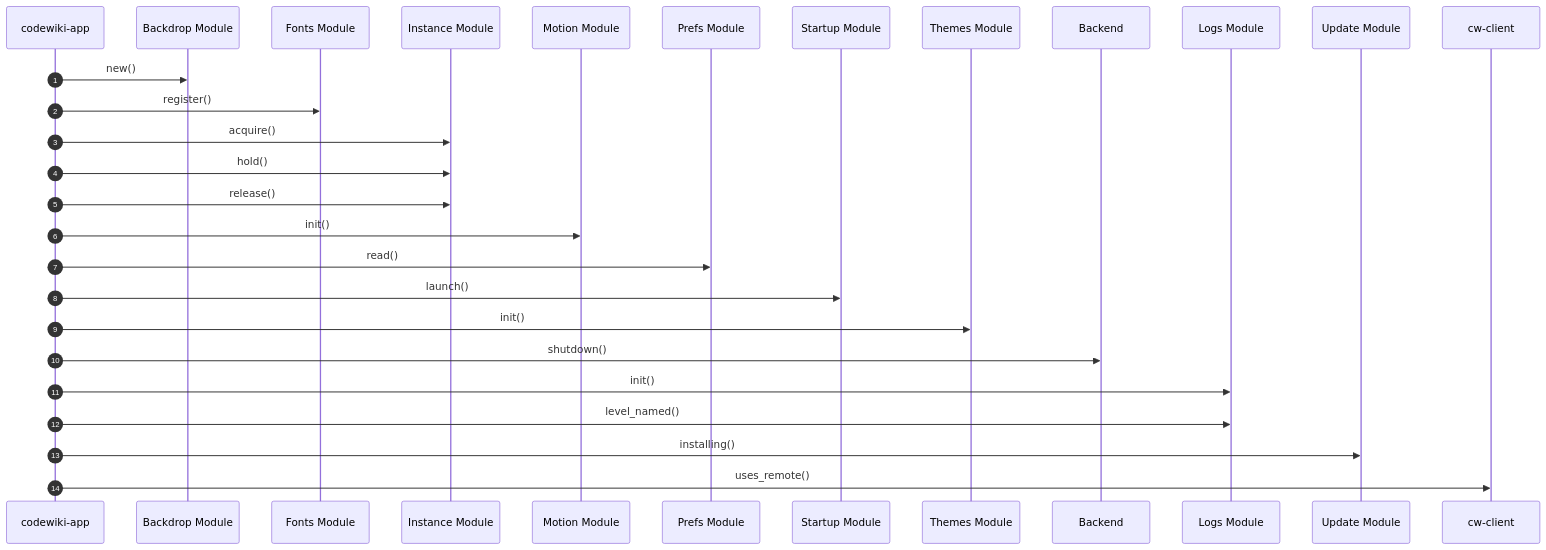
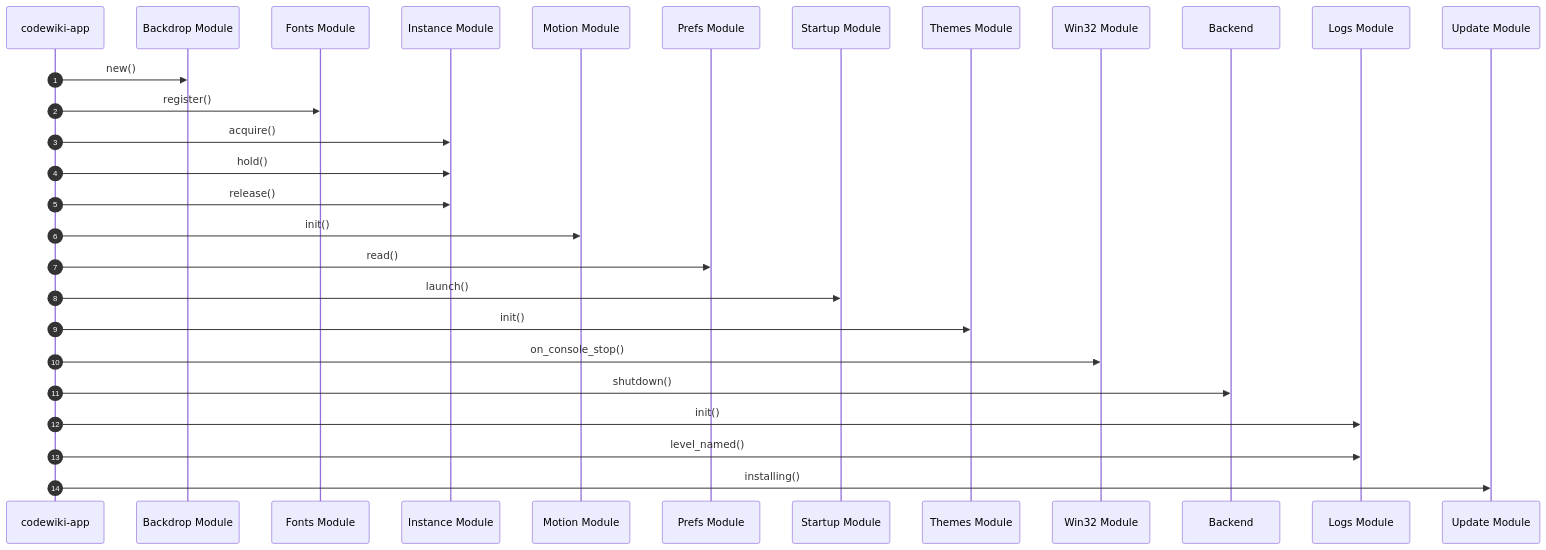
The diagram in obsidian/00-Architecture/codewiki-app Startup Flow.md (Fly-onlyone/CodeWiki), drawn with Mermaid before and after one commit. The commit also changed other lines of this file and 160 other files, not shown here.

````diff
--- a/obsidian/00-Architecture/codewiki-app Startup Flow.md
+++ b/obsidian/00-Architecture/codewiki-app Startup Flow.md
@@ -15,30 +15,30 @@
 ```mermaid
 sequenceDiagram
     autonumber
     participant p0 as codewiki-app
     participant p1 as Backdrop Module
     participant p2 as Fonts Module
     participant p3 as Instance Module
     participant p4 as Motion Module
     participant p5 as Prefs Module
     participant p6 as Startup Module
     participant p7 as Themes Module
-    participant p8 as Backend
-    participant p9 as Logs Module
-    participant p10 as Update Module
-    participant p11 as cw-client
+    participant p8 as Win32 Module
+    participant p9 as Backend
+    participant p10 as Logs Module
+    participant p11 as Update Module
     p0->>p1: new()
     p0->>p2: register()
     p0->>p3: acquire()
     p0->>p3: hold()
     p0->>p3: release()
     p0->>p4: init()
     p0->>p5: read()
     p0->>p6: launch()
     p0->>p7: init()
-    p0->>p8: shutdown()
-    p0->>p9: init()
-    p0->>p9: level_named()
-    p0->>p10: installing()
-    p0->>p11: uses_remote()
+    p0->>p8: on_console_stop()
+    p0->>p9: shutdown()
+    p0->>p10: init()
+    p0->>p10: level_named()
+    p0->>p11: installing()
 ```
````
